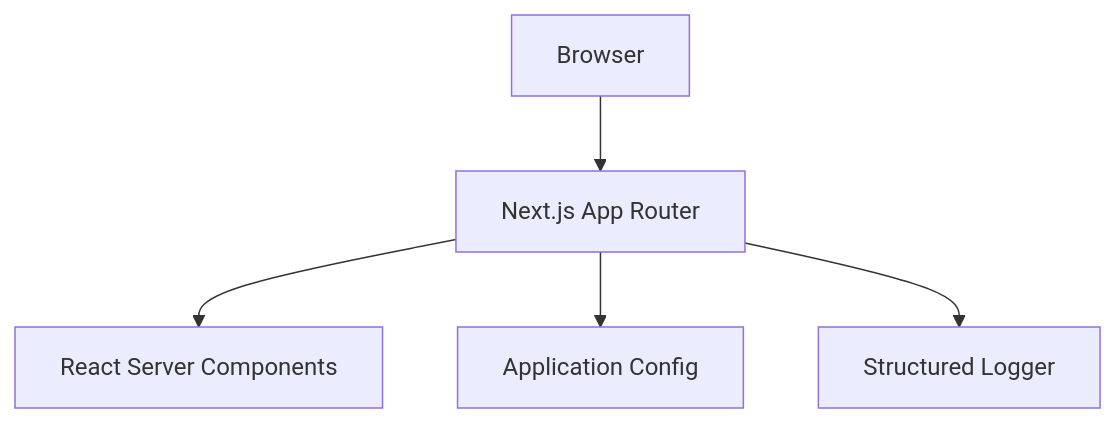
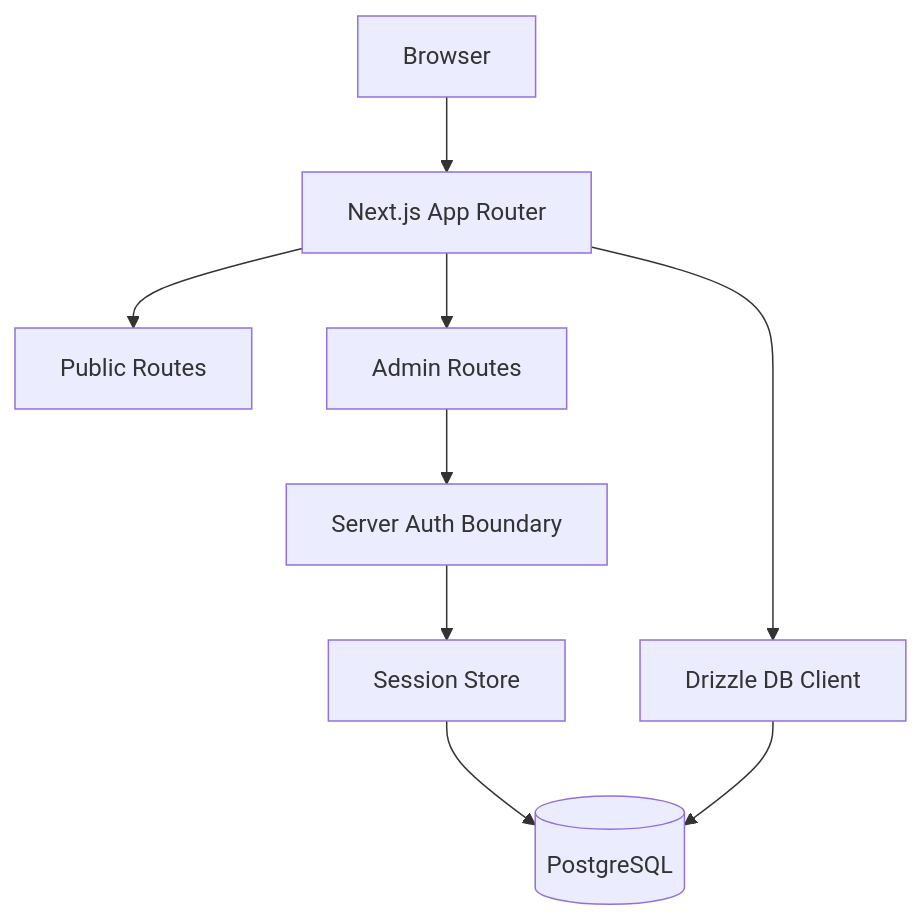
The first of 2 diagrams in docs/architecture.md (ManishjangirIITG/ManishJangir-portfolio), drawn with Mermaid before and after one commit. The commit also changed other lines of this file and 20 other files, not shown here.

````diff
--- a/docs/architecture.md
+++ b/docs/architecture.md
@@ -9,7 +9,11 @@
 ```mermaid
 flowchart TD
   Browser --> Next[Next.js App Router]
-  Next --> UI[React Server Components]
-  Next --> Config[Application Config]
-  Next --> Logger[Structured Logger]
+  Next --> Public[Public Routes]
+  Next --> Admin[Admin Routes]
+  Admin --> Auth[Server Auth Boundary]
+  Auth --> Session[Session Store]
+  Session --> DB[(PostgreSQL)]
+  Next --> DBClient[Drizzle DB Client]
+  DBClient --> DB
 ```
````
